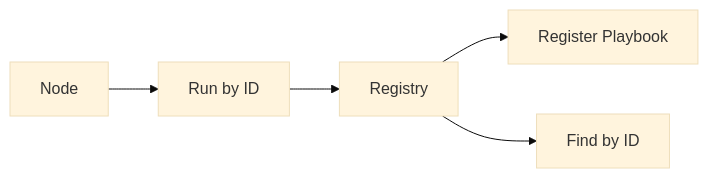
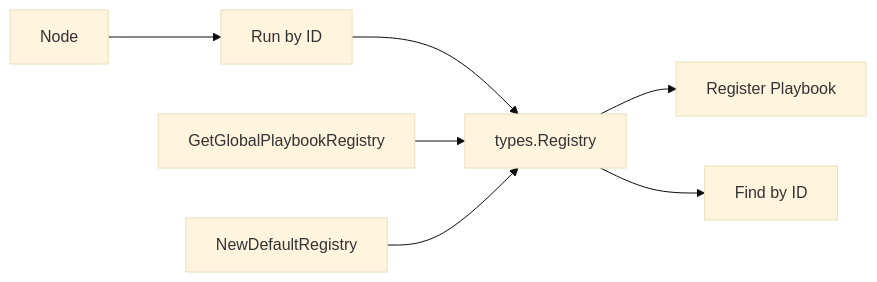
Before and after one commit to dracory/ork: the fourth of 11 diagrams in docs/livewiki/architecture.md, drawn with Mermaid (base theme). The commit also changed other lines of this file and 94 other files, not shown here.

````diff
--- a/docs/livewiki/architecture.md
+++ b/docs/livewiki/architecture.md
@@ -222,7 +227,9 @@
 ```mermaid
 graph LR
-    A[Registry] --> B[Register Playbook]
+    A[types.Registry] --> B[Register Playbook]
     C[Node] --> D[Run by ID]
     D --> A
     A --> E[Find by ID]
+    F[GetGlobalPlaybookRegistry] --> A
+    G[NewDefaultRegistry] --> A
 ```
````
